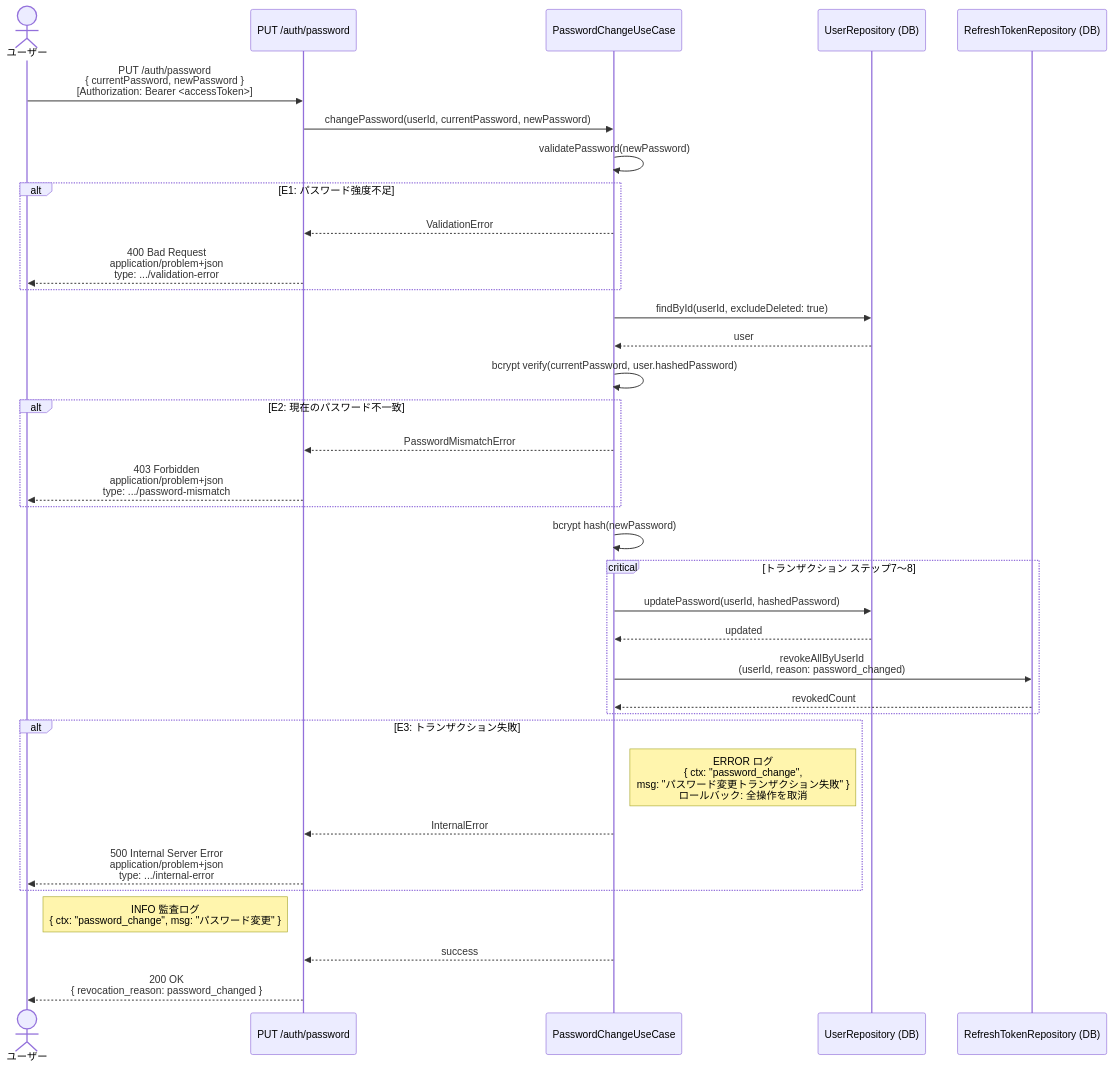
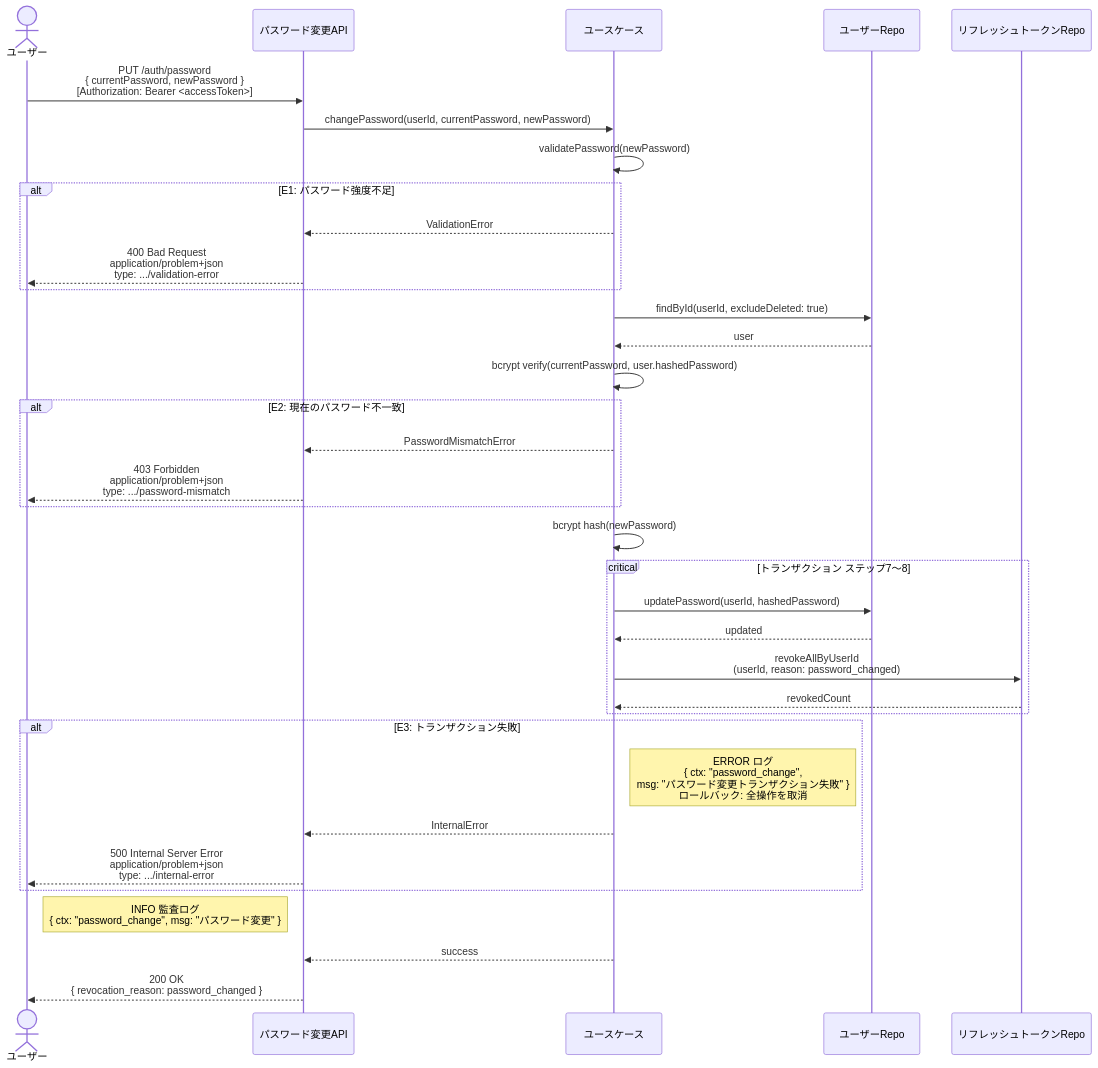
One commit to suunet/POC_HYDRA_AUTH changed the second of 2 diagrams in .docs/design/buc/BUC-U08.md. Above: the diagram before and after it, drawn with Mermaid. The commit also changed 15 other files, not shown here.

````diff
--- a/.docs/design/buc/BUC-U08.md
+++ b/.docs/design/buc/BUC-U08.md
@@ -107,37 +107,37 @@
 ```mermaid
 sequenceDiagram
-  actor ユーザー as ユーザー
-  participant パスワード変更API as PUT /auth/password
-  participant ユースケース as PasswordChangeUseCase
-  participant ユーザーRepo as UserRepository (DB)
-  participant リフレッシュトークンRepo as RefreshTokenRepository (DB)
-  ユーザー->>パスワード変更API: PUT /auth/password<br/>{ currentPassword, newPassword }<br/>[Authorization: Bearer <accessToken>]
-  パスワード変更API->>ユースケース: changePassword(userId, currentPassword, newPassword)
-  ユースケース->>ユースケース: validatePassword(newPassword)
+  actor User as ユーザー
+  participant ChangePwAPI as パスワード変更API
+  participant UseCase as ユースケース
+  participant UserRepo as ユーザーRepo
+  participant RefreshRepo as リフレッシュトークンRepo
+  User->>ChangePwAPI: PUT /auth/password<br/>{ currentPassword, newPassword }<br/>[Authorization: Bearer <accessToken>]
+  ChangePwAPI->>UseCase: changePassword(userId, currentPassword, newPassword)
+  UseCase->>UseCase: validatePassword(newPassword)
   alt E1: パスワード強度不足
-  ユースケース-->>パスワード変更API: ValidationError
-  パスワード変更API-->>ユーザー: 400 Bad Request<br/>application/problem+json<br/>type: .../validation-error
+  UseCase-->>ChangePwAPI: ValidationError
+  ChangePwAPI-->>User: 400 Bad Request<br/>application/problem+json<br/>type: .../validation-error
   end
-  ユースケース->>ユーザーRepo: findById(userId, excludeDeleted: true)
-  ユーザーRepo-->>ユースケース: user
-  ユースケース->>ユースケース: bcrypt verify(currentPassword, user.hashedPassword)
+  UseCase->>UserRepo: findById(userId, excludeDeleted: true)
+  UserRepo-->>UseCase: user
+  UseCase->>UseCase: bcrypt verify(currentPassword, user.hashedPassword)
   alt E2: 現在のパスワード不一致
-  ユースケース-->>パスワード変更API: PasswordMismatchError
-  パスワード変更API-->>ユーザー: 403 Forbidden<br/>application/problem+json<br/>type: .../password-mismatch
+  UseCase-->>ChangePwAPI: PasswordMismatchError
+  ChangePwAPI-->>User: 403 Forbidden<br/>application/problem+json<br/>type: .../password-mismatch
   end
-  ユースケース->>ユースケース: bcrypt hash(newPassword)
+  UseCase->>UseCase: bcrypt hash(newPassword)
   critical トランザクション ステップ7〜8
-  ユースケース->>ユーザーRepo: updatePassword(userId, hashedPassword)
-  ユーザーRepo-->>ユースケース: updated
-  ユースケース->>リフレッシュトークンRepo: revokeAllByUserId<br/>(userId, reason: password_changed)
-  リフレッシュトークンRepo-->>ユースケース: revokedCount
+  UseCase->>UserRepo: updatePassword(userId, hashedPassword)
+  UserRepo-->>UseCase: updated
+  UseCase->>RefreshRepo: revokeAllByUserId<br/>(userId, reason: password_changed)
+  RefreshRepo-->>UseCase: revokedCount
   end
   alt E3: トランザクション失敗
-  Note right of ユースケース: ERROR ログ<br/>{ ctx: "password_change",<br/>msg: "パスワード変更トランザクション失敗" }<br/>ロールバック: 全操作を取消
-  ユースケース-->>パスワード変更API: InternalError
-  パスワード変更API-->>ユーザー: 500 Internal Server Error<br/>application/problem+json<br/>type: .../internal-error
+  Note right of UseCase: ERROR ログ<br/>{ ctx: "password_change",<br/>msg: "パスワード変更トランザクション失敗" }<br/>ロールバック: 全操作を取消
+  UseCase-->>ChangePwAPI: InternalError
+  ChangePwAPI-->>User: 500 Internal Server Error<br/>application/problem+json<br/>type: .../internal-error
   end
-  Note right of ユーザー: INFO 監査ログ<br/>{ ctx: "password_change", msg: "パスワード変更" }
-  ユースケース-->>パスワード変更API: success
-  パスワード変更API-->>ユーザー: 200 OK<br/>{ revocation_reason: password_changed }
+  Note right of User: INFO 監査ログ<br/>{ ctx: "password_change", msg: "パスワード変更" }
+  UseCase-->>ChangePwAPI: success
+  ChangePwAPI-->>User: 200 OK<br/>{ revocation_reason: password_changed }
 ```
````
